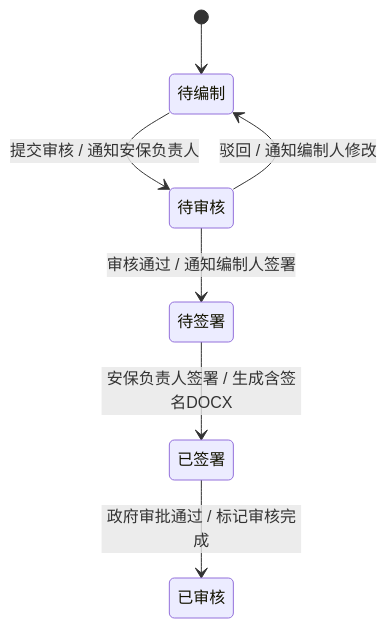
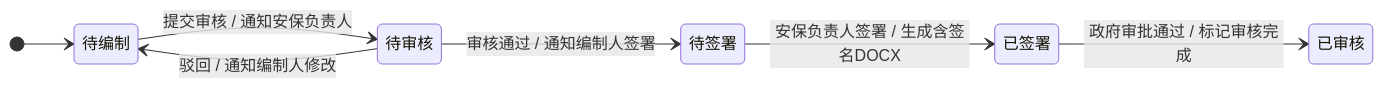
Before and after one commit to VasantLong/camis2026: the fourth of 4 diagrams in docs/analysis-design-report.md, drawn with Mermaid. The commit also changed other lines of this file, not shown here.

````diff
--- a/docs/analysis-design-report.md
+++ b/docs/analysis-design-report.md
@@ -376,10 +376,11 @@
 ```mermaid
 stateDiagram-v2
+    direction LR
     [*] --> 待编制
 
     待编制 --> 待审核 : 提交审核 / 通知安保负责人
     待审核 --> 待签署 : 审核通过 / 通知编制人签署
     待审核 --> 待编制 : 驳回 / 通知编制人修改
     待签署 --> 已签署 : 安保负责人签署 / 生成含签名DOCX
     已签署 --> 已审核 : 政府审批通过 / 标记审核完成
 ```
````
